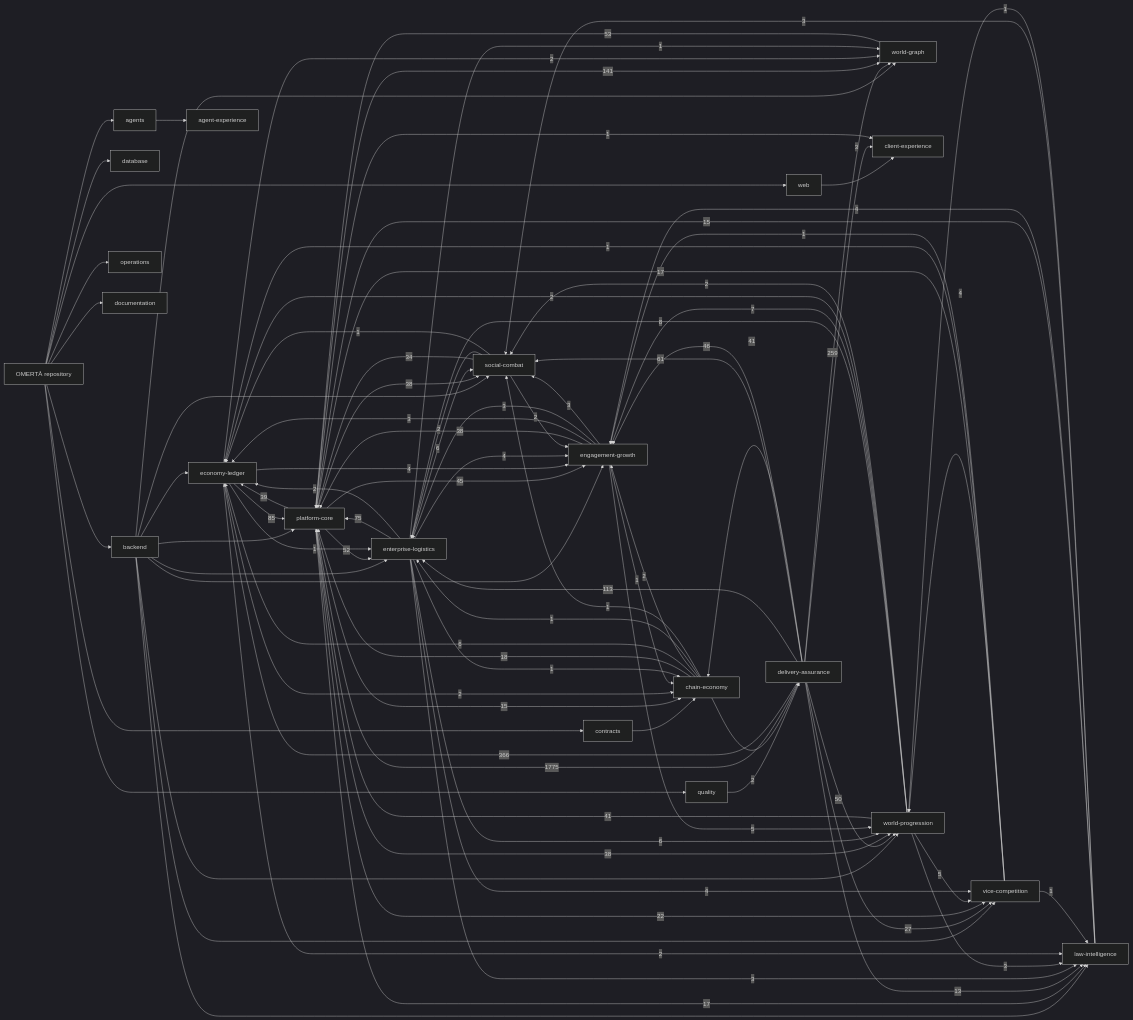
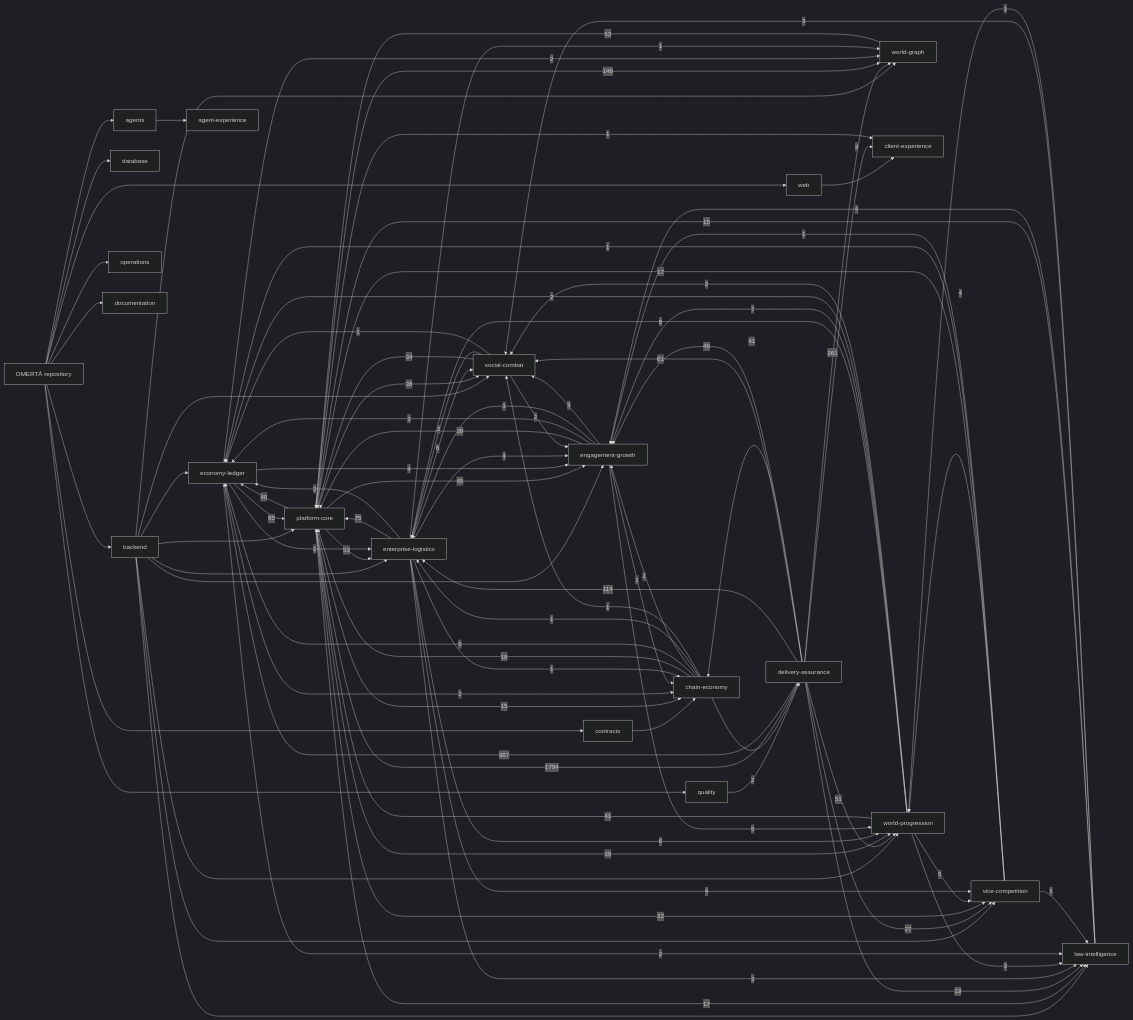
One commit to OmertaDev/Omerta changed the diagram in knowledge/generated/graph.mmd. Above: the diagram before and after it, drawn with Mermaid (dark theme). The commit also changed 8 other files, not shown here.

```diff
--- a/knowledge/generated/graph.mmd
+++ b/knowledge/generated/graph.mmd
@@ -1,113 +1,113 @@
 flowchart LR
   repo["OMERTÀ repository"]
   sub_backend["backend"]
   repo --> sub_backend
   sub_database["database"]
   repo --> sub_database
   sub_web["web"]
   repo --> sub_web
   sub_contracts["contracts"]
   repo --> sub_contracts
   sub_agents["agents"]
   repo --> sub_agents
   sub_quality["quality"]
   repo --> sub_quality
   sub_operations["operations"]
   repo --> sub_operations
   sub_documentation["documentation"]
   repo --> sub_documentation
   dom_platform-core["platform-core"]
   dom_economy-ledger["economy-ledger"]
   dom_social-combat["social-combat"]
   dom_world-progression["world-progression"]
   dom_world-graph["world-graph"]
   dom_enterprise-logistics["enterprise-logistics"]
   dom_vice-competition["vice-competition"]
   dom_law-intelligence["law-intelligence"]
   dom_chain-economy["chain-economy"]
   dom_engagement-growth["engagement-growth"]
   dom_client-experience["client-experience"]
   dom_agent-experience["agent-experience"]
   dom_delivery-assurance["delivery-assurance"]
   sub_agents --> dom_agent-experience
   sub_backend --> dom_economy-ledger
   sub_backend --> dom_engagement-growth
   sub_backend --> dom_enterprise-logistics
   sub_backend --> dom_law-intelligence
   sub_backend --> dom_platform-core
   sub_backend --> dom_social-combat
   sub_backend --> dom_vice-competition
   sub_backend --> dom_world-graph
   sub_backend --> dom_world-progression
   sub_contracts --> dom_chain-economy
   sub_quality --> dom_delivery-assurance
   sub_web --> dom_client-experience
-  dom_delivery-assurance -->|1775| dom_platform-core
-  dom_delivery-assurance -->|366| dom_economy-ledger
-  dom_delivery-assurance -->|259| dom_world-graph
-  dom_platform-core -->|141| dom_world-graph
-  dom_delivery-assurance -->|113| dom_enterprise-logistics
+  dom_delivery-assurance -->|1794| dom_platform-core
+  dom_delivery-assurance -->|367| dom_economy-ledger
+  dom_delivery-assurance -->|261| dom_world-graph
+  dom_platform-core -->|146| dom_world-graph
+  dom_delivery-assurance -->|114| dom_enterprise-logistics
   dom_economy-ledger -->|85| dom_platform-core
   dom_enterprise-logistics -->|75| dom_platform-core
   dom_delivery-assurance -->|61| dom_social-combat
+  dom_platform-core -->|53| dom_enterprise-logistics
   dom_world-graph -->|53| dom_platform-core
-  dom_platform-core -->|52| dom_enterprise-logistics
-  dom_delivery-assurance -->|50| dom_world-progression
+  dom_delivery-assurance -->|51| dom_world-progression
   dom_delivery-assurance -->|46| dom_engagement-growth
   dom_platform-core -->|45| dom_engagement-growth
   dom_delivery-assurance -->|41| dom_chain-economy
   dom_world-progression -->|41| dom_platform-core
-  dom_platform-core -->|39| dom_economy-ledger
-  dom_engagement-growth -->|38| dom_platform-core
+  dom_platform-core -->|40| dom_economy-ledger
+  dom_engagement-growth -->|39| dom_platform-core
+  dom_platform-core -->|39| dom_world-progression
   dom_platform-core -->|38| dom_social-combat
-  dom_platform-core -->|38| dom_world-progression
   dom_social-combat -->|34| dom_platform-core
   dom_delivery-assurance -->|27| dom_vice-competition
   dom_platform-core -->|22| dom_vice-competition
   dom_chain-economy -->|18| dom_platform-core
   dom_platform-core -->|17| dom_law-intelligence
   dom_vice-competition -->|17| dom_platform-core
   dom_law-intelligence -->|15| dom_platform-core
   dom_platform-core -->|15| dom_chain-economy
   dom_delivery-assurance -->|13| dom_law-intelligence
   dom_world-progression -->|8| dom_enterprise-logistics
   dom_world-progression -->|7| dom_engagement-growth
   dom_chain-economy -->|6| dom_economy-ledger
   dom_enterprise-logistics -->|6| dom_social-combat
   dom_enterprise-logistics -->|6| dom_world-progression
   dom_engagement-growth -->|5| dom_world-progression
   dom_world-progression -->|5| dom_vice-competition
   dom_economy-ledger -->|4| dom_engagement-growth
   dom_enterprise-logistics -->|4| dom_engagement-growth
   dom_enterprise-logistics -->|4| dom_vice-competition
   dom_law-intelligence -->|4| dom_engagement-growth
   dom_vice-competition -->|4| dom_world-progression
   dom_delivery-assurance -->|3| dom_client-experience
   dom_engagement-growth -->|3| dom_economy-ledger
   dom_engagement-growth -->|3| dom_enterprise-logistics
   dom_engagement-growth -->|3| dom_social-combat
   dom_enterprise-logistics -->|3| dom_law-intelligence
   dom_law-intelligence -->|3| dom_social-combat
   dom_world-progression -->|3| dom_law-intelligence
   dom_chain-economy -->|2| dom_delivery-assurance
   dom_chain-economy -->|2| dom_engagement-growth
   dom_economy-ledger -->|2| dom_chain-economy
   dom_economy-ledger -->|2| dom_law-intelligence
   dom_economy-ledger -->|2| dom_world-graph
   dom_enterprise-logistics -->|2| dom_economy-ledger
   dom_social-combat -->|2| dom_engagement-growth
   dom_social-combat -->|2| dom_enterprise-logistics
   dom_world-progression -->|2| dom_economy-ledger
   dom_world-progression -->|2| dom_social-combat
   dom_chain-economy -->|1| dom_enterprise-logistics
   dom_chain-economy -->|1| dom_social-combat
   dom_economy-ledger -->|1| dom_enterprise-logistics
   dom_engagement-growth -->|1| dom_chain-economy
   dom_enterprise-logistics -->|1| dom_chain-economy
   dom_enterprise-logistics -->|1| dom_world-graph
   dom_law-intelligence -->|1| dom_world-progression
   dom_platform-core -->|1| dom_client-experience
   dom_social-combat -->|1| dom_economy-ledger
   dom_vice-competition -->|1| dom_economy-ledger
   dom_vice-competition -->|1| dom_engagement-growth
   dom_vice-competition -->|1| dom_law-intelligence
```
